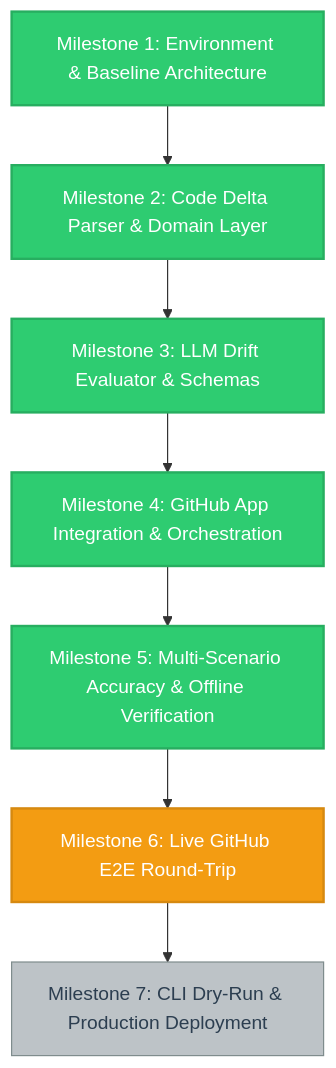
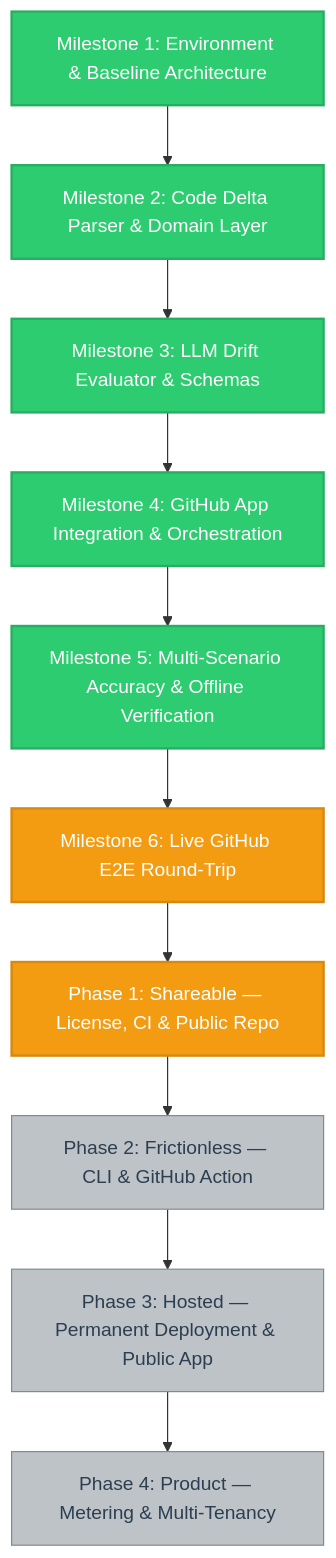
Before and after one commit to kaamipresents/readme-realist: the diagram in PROGRESS.md, drawn with Mermaid. The commit also changed other lines of this file and 4 other files, not shown here.

First line of the commit message:
Phase 1: make the project shareable

````diff
--- a/PROGRESS.md
+++ b/PROGRESS.md
@@ -3,34 +3,45 @@
 ```mermaid
 graph TD
     %% Workflow Architecture
     M1[Milestone 1: Environment & Baseline Architecture]
     M2[Milestone 2: Code Delta Parser & Domain Layer]
     M3[Milestone 3: LLM Drift Evaluator & Schemas]
     M4[Milestone 4: GitHub App Integration & Orchestration]
     M5[Milestone 5: Multi-Scenario Accuracy & Offline Verification]
     M6[Milestone 6: Live GitHub E2E Round-Trip]
-    M7[Milestone 7: CLI Dry-Run & Production Deployment]
+
+    %% Distribution Track
+    P1[Phase 1: Shareable — License, CI & Public Repo]
+    P2[Phase 2: Frictionless — CLI & GitHub Action]
+    P3[Phase 3: Hosted — Permanent Deployment & Public App]
+    P4[Phase 4: Product — Metering & Multi-Tenancy]
 
     %% Dependencies
     M1 --> M2
     M2 --> M3
     M3 --> M4
     M4 --> M5
     M5 --> M6
-    M6 --> M7
+    M6 --> P1
+    P1 --> P2
+    P2 --> P3
+    P3 --> P4
 
     %% Style Classes
     classDef done fill:#2ecc71,stroke:#27ae60,stroke-width:2px,color:#ffffff;
     classDef active fill:#f39c12,stroke:#d68910,stroke-width:2px,color:#ffffff;
     classDef blocked fill:#e74c3c,stroke:#c0392b,stroke-width:2px,color:#ffffff;
     classDef todo fill:#bdc3c7,stroke:#7f8c8d,stroke-width:1px,color:#2c3e50;
 
     %% Dynamic Node State Assignments
     class M1 done;
     class M2 done;
     class M3 done;
     class M4 done;
     class M5 done;
     class M6 active;
-    class M7 todo;
+    class P1 active;
+    class P2 todo;
+    class P3 todo;
+    class P4 todo;
 ```
````
